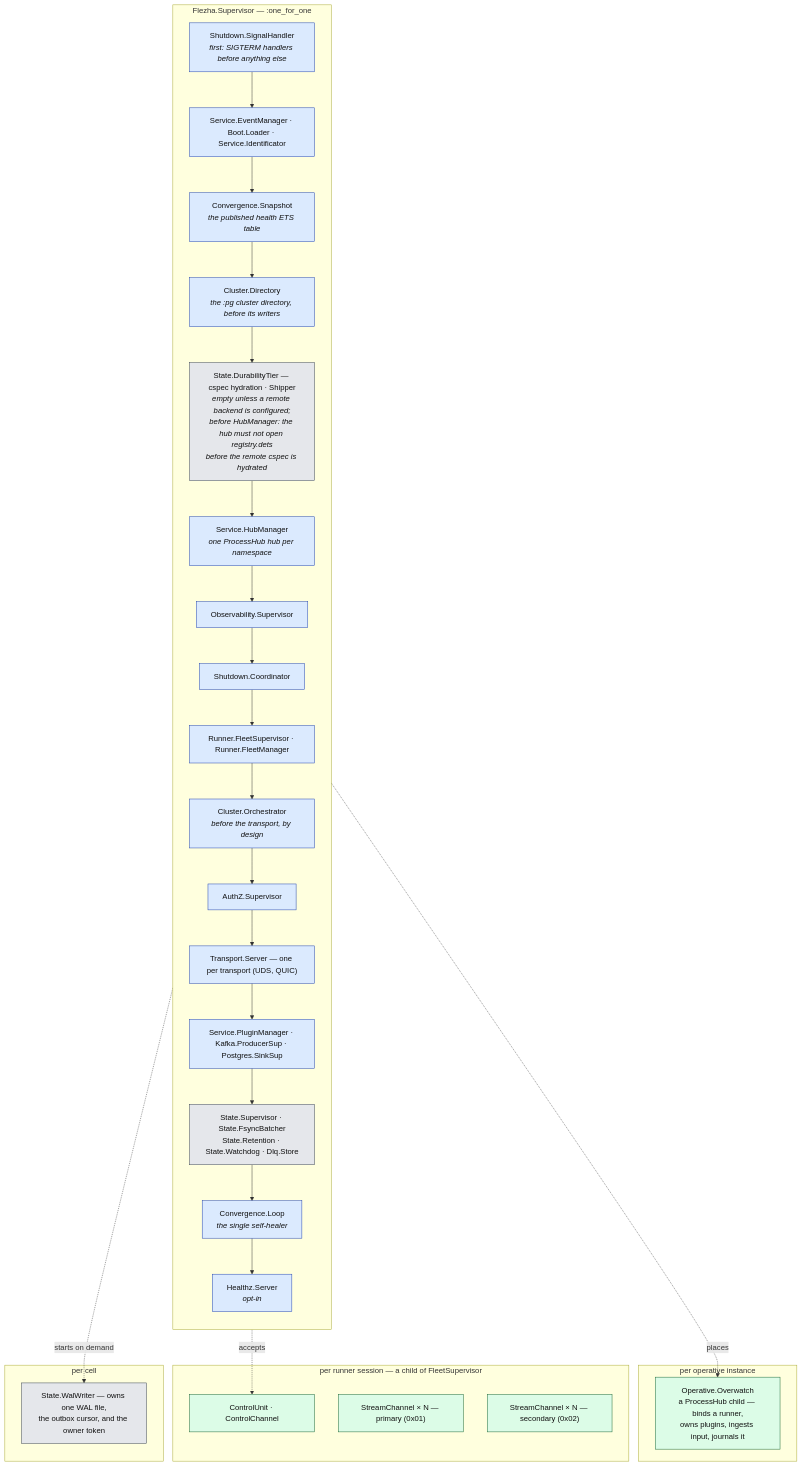
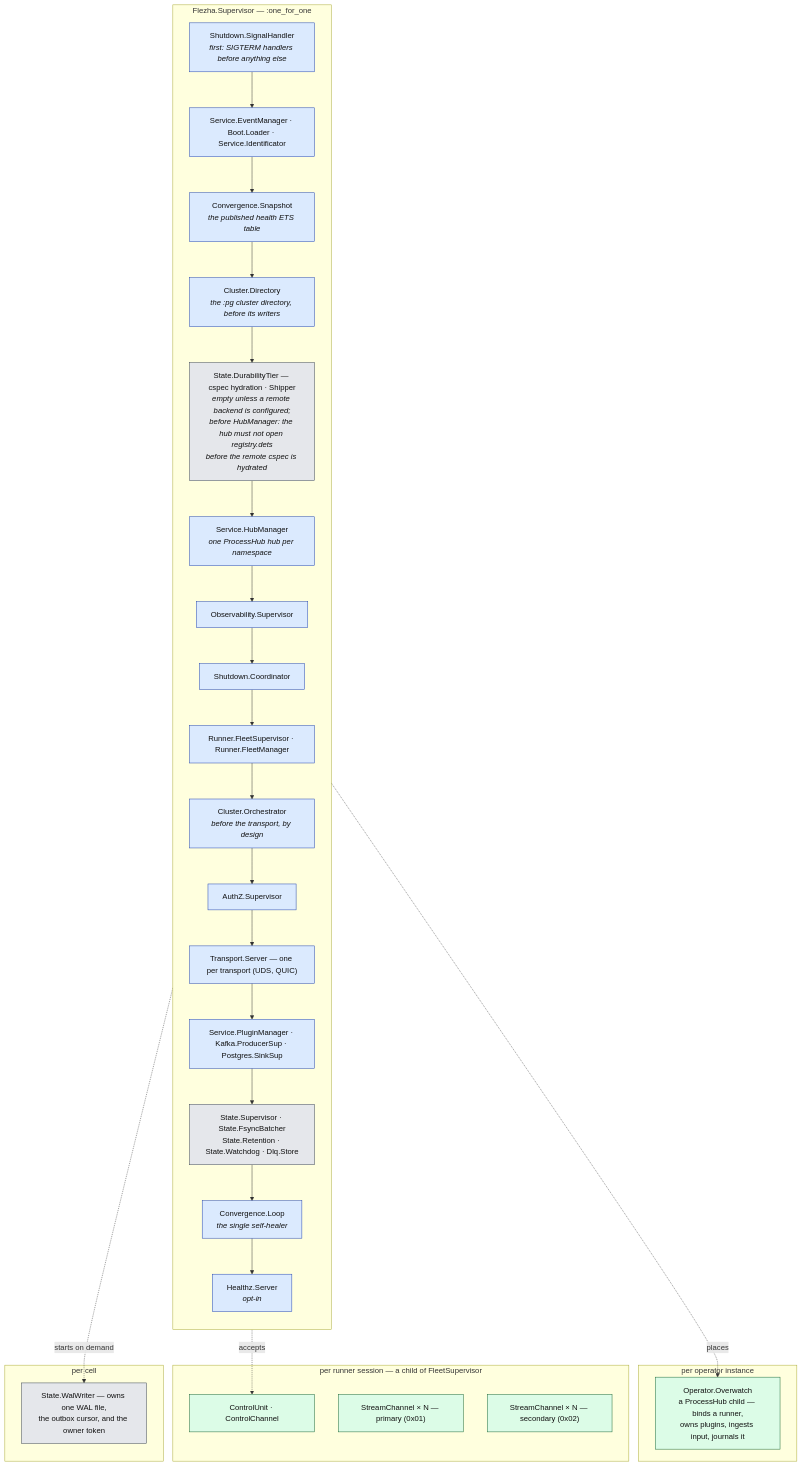
The sixth of 9 diagrams in docs/architecture/README.md (Flezha/flezha), drawn with Mermaid before and after one commit. The commit also changed other lines of this file and 929 other files, not shown here.

First line of the commit message:
Rename Operative to Operator, and its kinds to unbounded and bounded

````diff
--- a/docs/architecture/README.md
+++ b/docs/architecture/README.md
@@ -334,43 +334,43 @@
 ```mermaid
 flowchart TB
     subgraph APP["Flezha.Supervisor — :one_for_one"]
         direction TB
         A1["Shutdown.SignalHandler<br/><i>first: SIGTERM handlers before anything else</i>"]:::ctrl
         A2["Service.EventManager · Boot.Loader · Service.Identificator"]:::ctrl
         A3["Convergence.Snapshot<br/><i>the published health ETS table</i>"]:::ctrl
         A3a["Cluster.Directory<br/><i>the :pg cluster directory, before its writers</i>"]:::ctrl
         A3b["State.DurabilityTier — cspec hydration · Shipper<br/><i>empty unless a remote backend is configured;<br/>before HubManager: the hub must not open registry.dets<br/>before the remote cspec is hydrated</i>"]:::store
         A4["Service.HubManager<br/><i>one ProcessHub hub per namespace</i>"]:::ctrl
         A5["Observability.Supervisor"]:::ctrl
         A6["Shutdown.Coordinator"]:::ctrl
         A7["Runner.FleetSupervisor · Runner.FleetManager"]:::ctrl
         A8["Cluster.Orchestrator<br/><i>before the transport, by design</i>"]:::ctrl
         A9["AuthZ.Supervisor"]:::ctrl
         A10["Transport.Server — one per transport (UDS, QUIC)"]:::ctrl
         A11["Service.PluginManager · Kafka.ProducerSup · Postgres.SinkSup"]:::ctrl
         A12["State.Supervisor · State.FsyncBatcher<br/>State.Retention · State.Watchdog · Dlq.Store"]:::store
         A13["Convergence.Loop<br/><i>the single self-healer</i>"]:::ctrl
         A14["Healthz.Server<br/><i>opt-in</i>"]:::ctrl
         A1 --> A2 --> A3 --> A3a --> A3b --> A4 --> A5 --> A6 --> A7 --> A8 --> A9 --> A10 --> A11 --> A12 --> A13 --> A14
     end
 
-    subgraph PEROP["per operative instance"]
-        OW["Operative.Overwatch<br/>a ProcessHub child — binds a runner,<br/>owns plugins, ingests input, journals it"]:::exec
+    subgraph PEROP["per operator instance"]
+        OW["Operator.Overwatch<br/>a ProcessHub child — binds a runner,<br/>owns plugins, ingests input, journals it"]:::exec
     end
     subgraph PEREX["per runner session — a child of FleetSupervisor"]
         EX1["ControlUnit · ControlChannel"]:::exec
         EX2["StreamChannel × N — primary (0x01)"]:::exec
         EX3["StreamChannel × N — secondary (0x02)"]:::exec
     end
     subgraph PERSEG["per cell"]
         WW["State.WalWriter — owns one WAL file,<br/>the outbox cursor, and the owner token"]:::store
     end
 
     A4 -.->|"places"| OW
     A7 -.->|"accepts"| EX1
     A12 -.->|"starts on demand"| WW
 
     classDef ctrl fill:#dbeafe,stroke:#1e40af,color:#111
     classDef exec fill:#dcfce7,stroke:#166534,color:#111
     classDef store fill:#e5e7eb,stroke:#374151,color:#111
 ```
````
